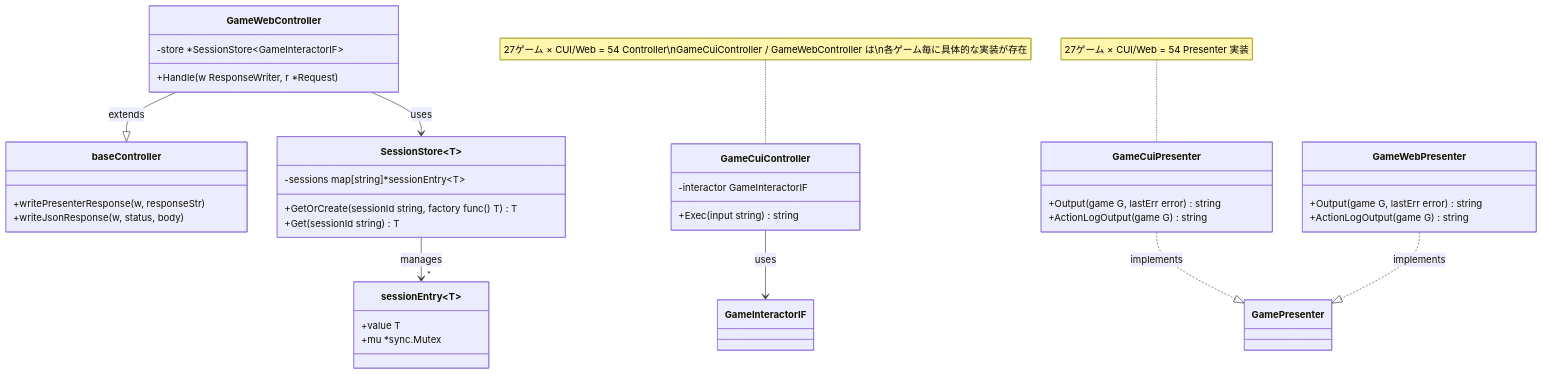
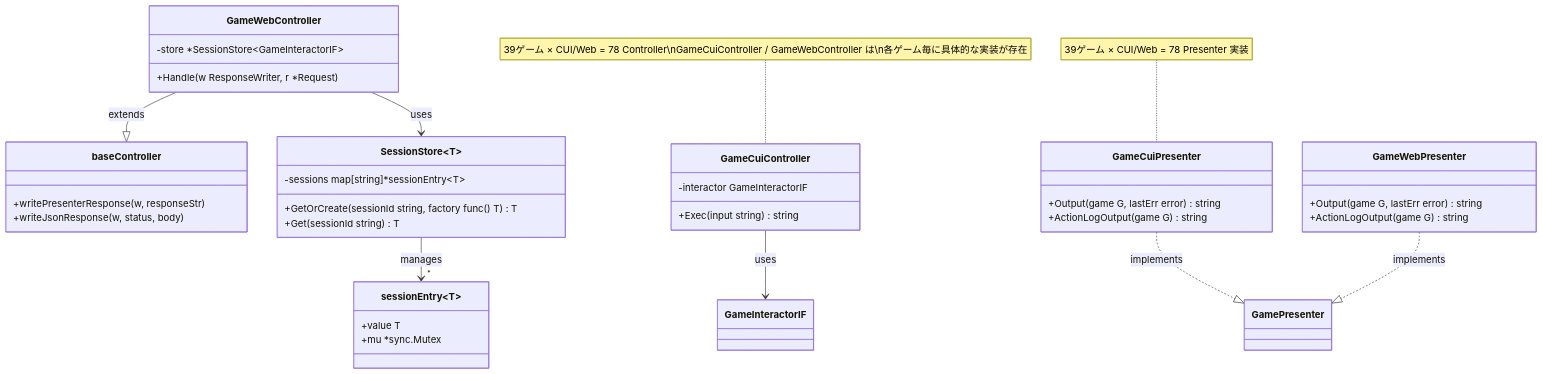
One commit to yuta-yoshinaga/go_trumpcards changed diagram 11 of 50 in docs/design/backend.md. Above: the diagram before and after it, drawn with Mermaid. The commit also changed other lines of this file and 5 other files, not shown here.

First line of the commit message:
docs: fix documentation drift across game lists, UML diagrams, and worker tables

````diff
--- a/docs/design/backend.md
+++ b/docs/design/backend.md
@@ -1159,48 +1159,48 @@
 ```mermaid
 classDiagram
     class baseController {
         +writePresenterResponse(w, responseStr)
         +writeJsonResponse(w, status, body)
     }
 
     class SessionStore~T~ {
         -sessions map[string]*sessionEntry~T~
         +GetOrCreate(sessionId string, factory func() T) T
         +Get(sessionId string) T
     }
 
     class sessionEntry~T~ {
         +value T
         +mu *sync.Mutex
     }
 
     class GameCuiController {
         -interactor GameInteractorIF
         +Exec(input string) string
     }
 
     class GameWebController {
         -store *SessionStore~GameInteractorIF~
         +Handle(w ResponseWriter, r *Request)
     }
 
     class GameCuiPresenter {
         +Output(game G, lastErr error) string
         +ActionLogOutput(game G) string
     }
 
     class GameWebPresenter {
         +Output(game G, lastErr error) string
         +ActionLogOutput(game G) string
     }
 
     GameWebController --|> baseController : extends
     GameWebController --> SessionStore : uses
     SessionStore --> "*" sessionEntry : manages
     GameCuiController --> GameInteractorIF : uses
     GameCuiPresenter ..|> GamePresenter : implements
     GameWebPresenter ..|> GamePresenter : implements
 
-    note for GameCuiController "27ゲーム × CUI/Web = 54 Controller\nGameCuiController / GameWebController は\n各ゲーム毎に具体的な実装が存在"
-    note for GameCuiPresenter "27ゲーム × CUI/Web = 54 Presenter 実装"
+    note for GameCuiController "39ゲーム × CUI/Web = 78 Controller\nGameCuiController / GameWebController は\n各ゲーム毎に具体的な実装が存在"
+    note for GameCuiPresenter "39ゲーム × CUI/Web = 78 Presenter 実装"
 ```
````
